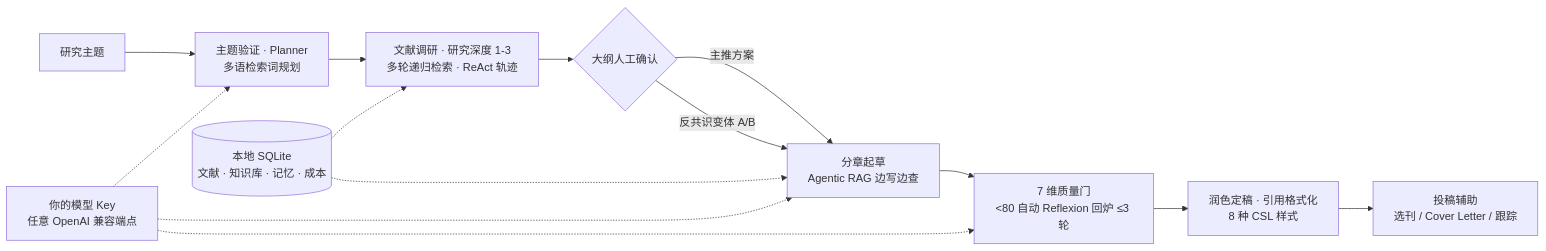
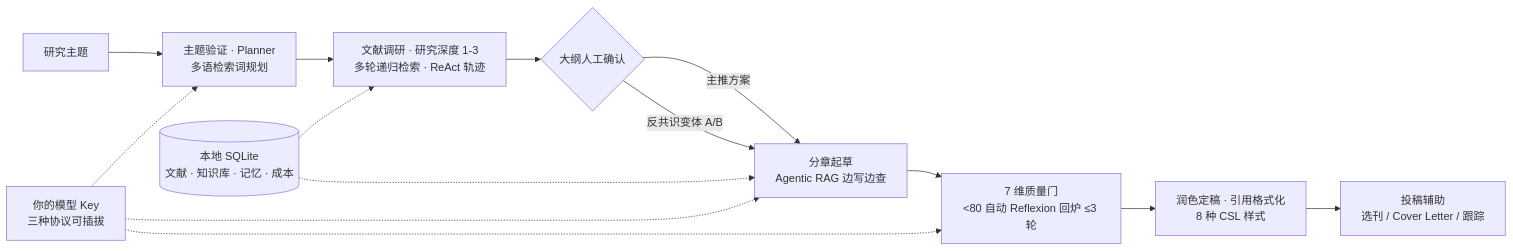
Before and after one commit to badhope/sciflow: the diagram in README.md, drawn with Mermaid. The commit also changed other lines of this file and 21 other files, not shown here.

````diff
--- a/README.md
+++ b/README.md
@@ -24,16 +24,16 @@
 ```mermaid
 flowchart LR
     A[研究主题] --> B[主题验证 · Planner<br/>多语检索词规划]
     B --> C[文献调研 · 研究深度 1-3<br/>多轮递归检索 · ReAct 轨迹]
     C --> D{大纲人工确认}
     D -->|主推方案| E[分章起草<br/>Agentic RAG 边写边查]
     D -->|反共识变体 A/B| E
     E --> F[7 维质量门<br/><80 自动 Reflexion 回炉 ≤3 轮]
     F --> G[润色定稿 · 引用格式化<br/>8 种 CSL 样式]
     G --> H[投稿辅助<br/>选刊 / Cover Letter / 跟踪]
     K[(本地 SQLite<br/>文献 · 知识库 · 记忆 · 成本)] -.-> C
     K -.-> E
-    L[你的模型 Key<br/>任意 OpenAI 兼容端点] -.-> B
+    L[你的模型 Key<br/>三种协议可插拔] -.-> B
     L -.-> E
     L -.-> F
 ```
````
